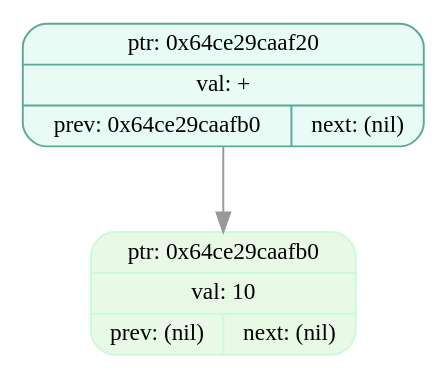
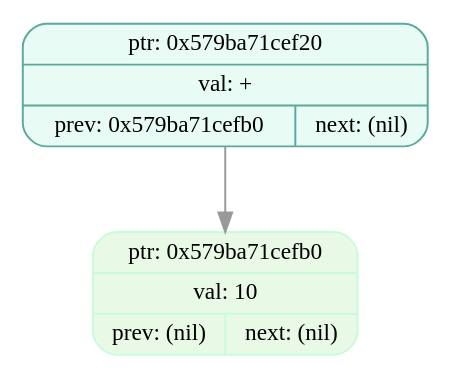
One commit to EvilTomato9890/Difference changed the diagram in dumps/tree_dump_001.dot. Above: the diagram before and after it, drawn with Graphviz. The commit also changed 30 other files, not shown here.

```diff
--- a/dumps/tree_dump_001.dot
+++ b/dumps/tree_dump_001.dot
@@ -1,7 +1,7 @@
 digraph T{
   node [fontname="Fira Mono",shape=record,style="filled,rounded",fontsize=12];
   graph [splines=true, nodesep=0.6, ranksep=0.6];
-  node_0x64ce29caaf20[shape=record,label="{ {ptr: 0x64ce29caaf20} | {val: +} | { prev: 0x64ce29caafb0 | next: (nil) } }",color="#5aa99b",fillcolor="#e9fbf5"];
-  node_0x64ce29caafb0[shape=record,label="{ {ptr: 0x64ce29caafb0} | {val: 10} | { prev: (nil) | next: (nil) } }",color="#c9fbdbff",fillcolor="#e8f9e5ff"];
-  node_0x64ce29caaf20 -> node_0x64ce29caafb0 [color="#999999"];
+  node_0x579ba71cef20[shape=record,label="{ {ptr: 0x579ba71cef20} | {val: +} | { prev: 0x579ba71cefb0 | next: (nil) } }",color="#5aa99b",fillcolor="#e9fbf5"];
+  node_0x579ba71cefb0[shape=record,label="{ {ptr: 0x579ba71cefb0} | {val: 10} | { prev: (nil) | next: (nil) } }",color="#c9fbdbff",fillcolor="#e8f9e5ff"];
+  node_0x579ba71cef20 -> node_0x579ba71cefb0 [color="#999999"];
 }
```
